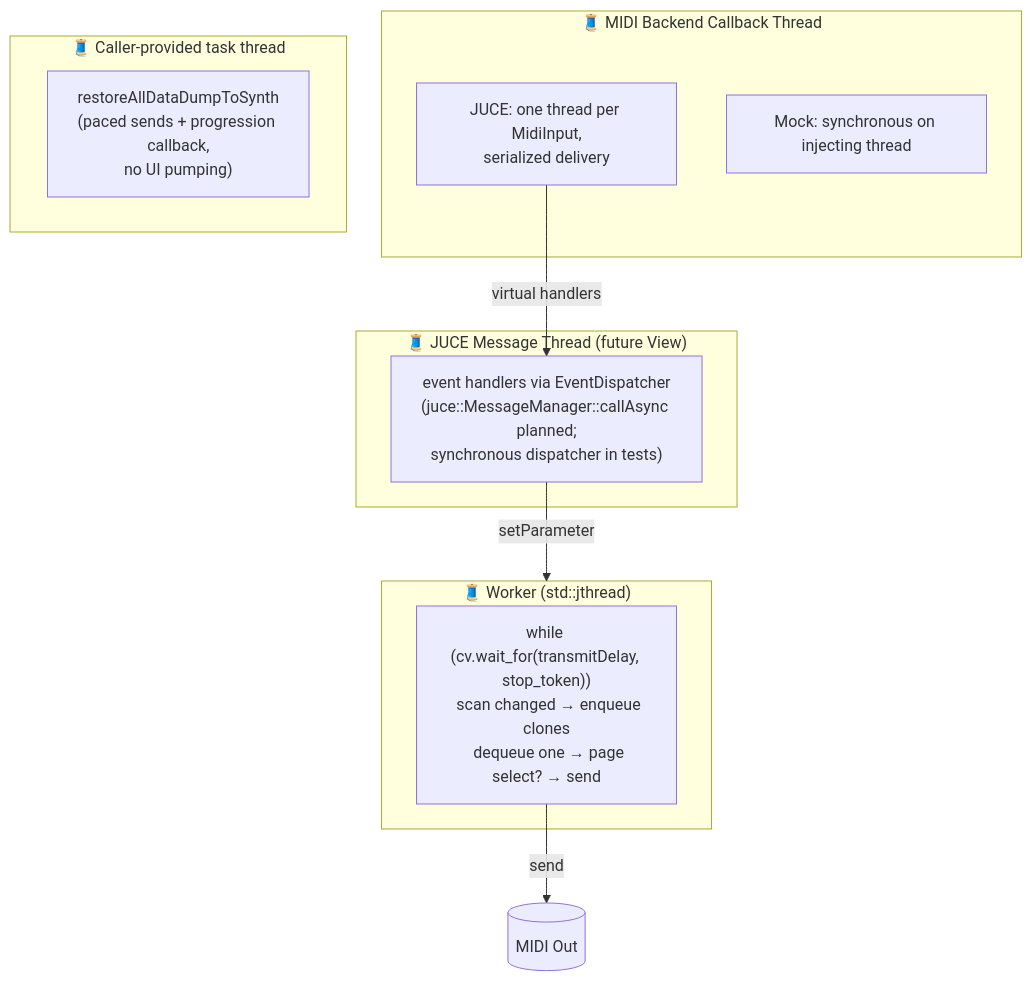
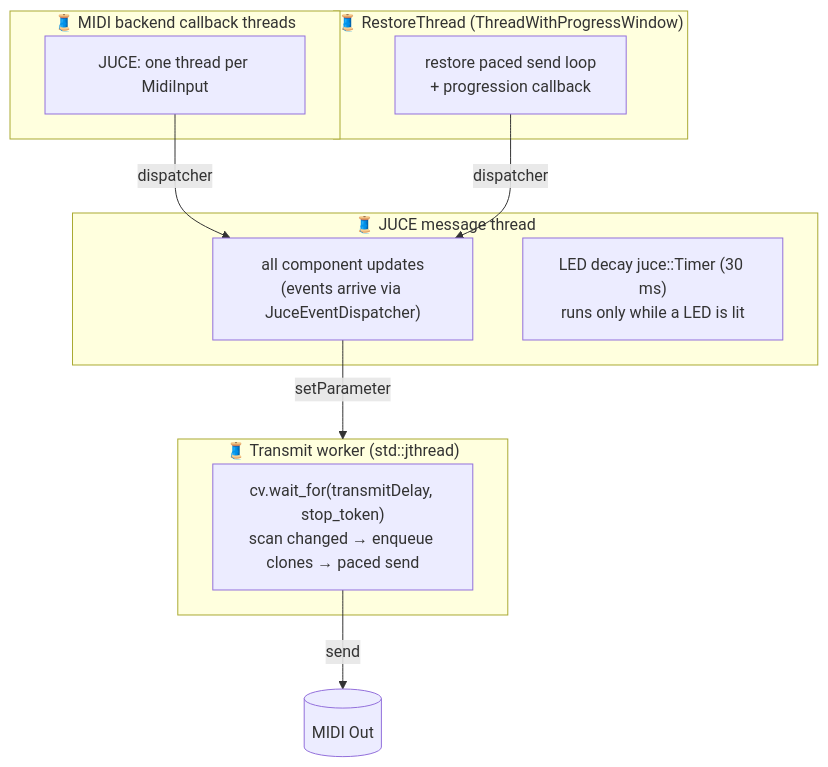
One commit to xplorer2716/XplorerEditor changed diagram 11 of 12 in docs/architecture-analysis_juce.md. Above: the diagram before and after it, drawn with Mermaid. The commit also changed other lines of this file, not shown here.

````diff
--- a/docs/architecture-analysis_juce.md
+++ b/docs/architecture-analysis_juce.md
@@ -316,23 +493,24 @@
 ```mermaid
 flowchart TB
-    subgraph UIThread ["🧵 JUCE Message Thread (future View)"]
-        Handlers["event handlers via EventDispatcher\n(juce::MessageManager::callAsync planned;\nsynchronous dispatcher in tests)"]
+    subgraph UIThread ["🧵 JUCE message thread"]
+        Handlers["all component updates\n(events arrive via JuceEventDispatcher)"]
+        LedTimer["LED decay juce::Timer (30 ms)\nruns only while a LED is lit"]
     end
 
-    subgraph WorkerThread ["🧵 Worker (std::jthread)"]
-        Loop["while (cv.wait_for(transmitDelay, stop_token))\n  scan changed → enqueue clones\n  dequeue one → page select? → send"]
+    subgraph WorkerThread ["🧵 Transmit worker (std::jthread)"]
+        Loop["cv.wait_for(transmitDelay, stop_token)\nscan changed → enqueue clones → paced send"]
     end
 
-    subgraph MidiCallbackThread ["🧵 MIDI Backend Callback Thread"]
-        JuceCb["JUCE: one thread per MidiInput,\nserialized delivery"]
-        MockCb["Mock: synchronous on injecting thread"]
+    subgraph MidiCallbackThread ["🧵 MIDI backend callback threads"]
+        JuceCb["JUCE: one thread per MidiInput"]
     end
 
-    subgraph TaskThread ["🧵 Caller-provided task thread"]
-        Dump["restoreAllDataDumpToSynth\n(paced sends + progression callback,\nno UI pumping)"]
+    subgraph RestoreThread ["🧵 RestoreThread (ThreadWithProgressWindow)"]
+        Dump["restore paced send loop\n+ progression callback"]
     end
 
+    JuceCb -->|dispatcher| Handlers
+    Loop -->|send| OUT[(MIDI Out)]
+    Dump -->|dispatcher| Handlers
     Handlers -->|setParameter| WorkerThread
-    JuceCb -->|virtual handlers| Handlers
-    Loop -->|send| OUT[(MIDI Out)]
 ```
````
